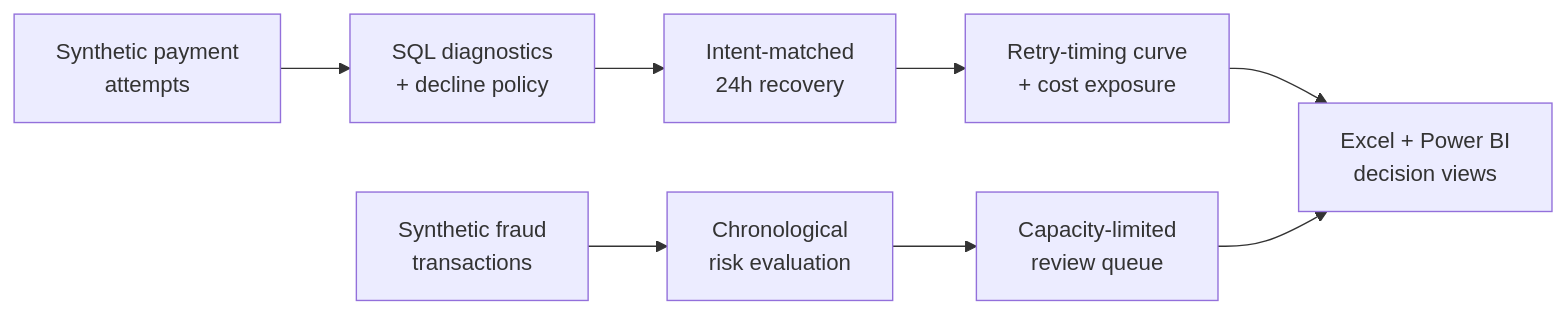
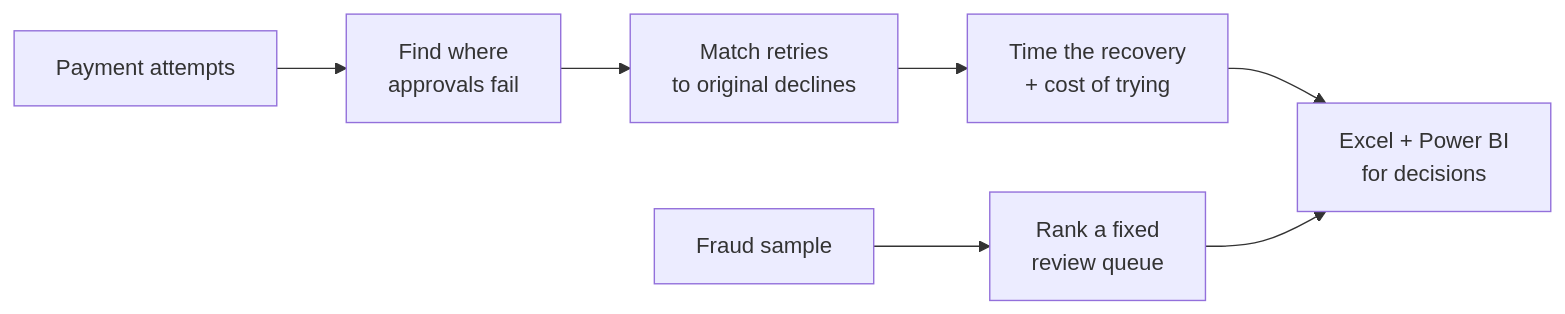
One commit to Udaylakkaraju/Payment-Fraud-Detection changed the diagram in README.md. Above: the diagram before and after it, drawn with Mermaid. The commit also changed other lines of this file, not shown here.

````diff
--- a/README.md
+++ b/README.md
@@ -90,10 +84,9 @@
 ```mermaid
 flowchart LR
-    A["Synthetic payment\nattempts"] --> B["SQL diagnostics\n+ decline policy"]
-    B --> C["Intent-matched\n24h recovery"]
-    C --> D["Retry-timing curve\n+ cost exposure"]
-    E["Synthetic fraud\ntransactions"] --> F["Chronological\nrisk evaluation"]
-    F --> G["Capacity-limited\nreview queue"]
-    D --> H["Excel + Power BI\ndecision views"]
-    G --> H
+    A["Payment attempts"] --> B["Find where\napprovals fail"]
+    B --> C["Match retries\nto original declines"]
+    C --> D["Time the recovery\n+ cost of trying"]
+    E["Fraud sample"] --> F["Rank a fixed\nreview queue"]
+    D --> G["Excel + Power BI\nfor decisions"]
+    F --> G
 ```
````
